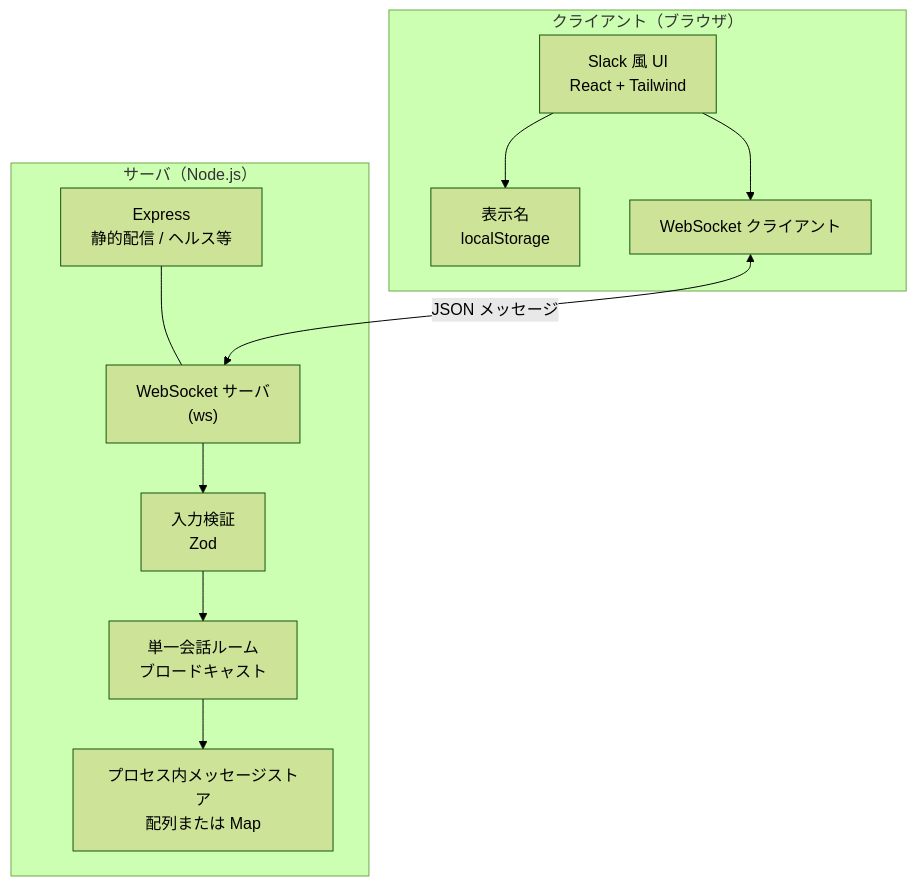
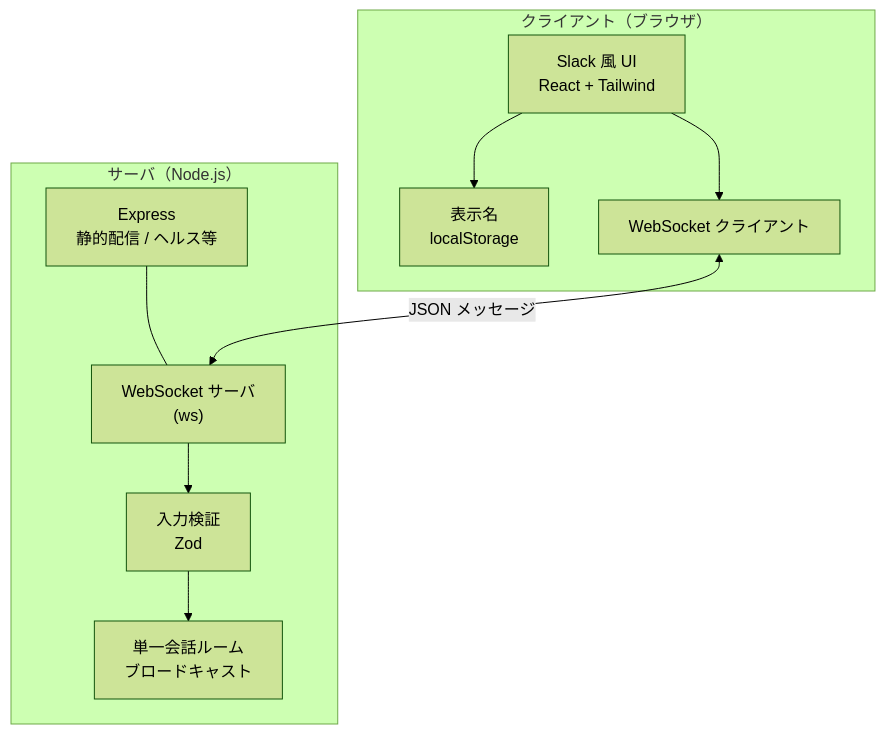
Before and after one commit to gnkm/private-chat: the second of 2 diagrams in docs/architecture.md, drawn with Mermaid (forest theme). The commit also changed other lines of this file and 5 other files, not shown here.

````diff
--- a/docs/architecture.md
+++ b/docs/architecture.md
@@ -67,22 +67,20 @@
 ```mermaid
 flowchart TB
   subgraph client["クライアント（ブラウザ）"]
     UI["Slack 風 UI\nReact + Tailwind"]
     LS["表示名\nlocalStorage"]
     WS_C["WebSocket クライアント"]
     UI --> LS
     UI --> WS_C
   end
   subgraph server["サーバ（Node.js）"]
     HTTP["Express\n静的配信 / ヘルス等"]
     WSS["WebSocket サーバ\n(ws)"]
     HUB["単一会話ルーム\nブロードキャスト"]
-    STORE["プロセス内メッセージストア\n配列または Map"]
     VAL["入力検証\nZod"]
     HTTP --- WSS
     WSS --> VAL
     VAL --> HUB
-    HUB --> STORE
   end
   WS_C <-->|"JSON メッセージ"| WSS
 ```
````
